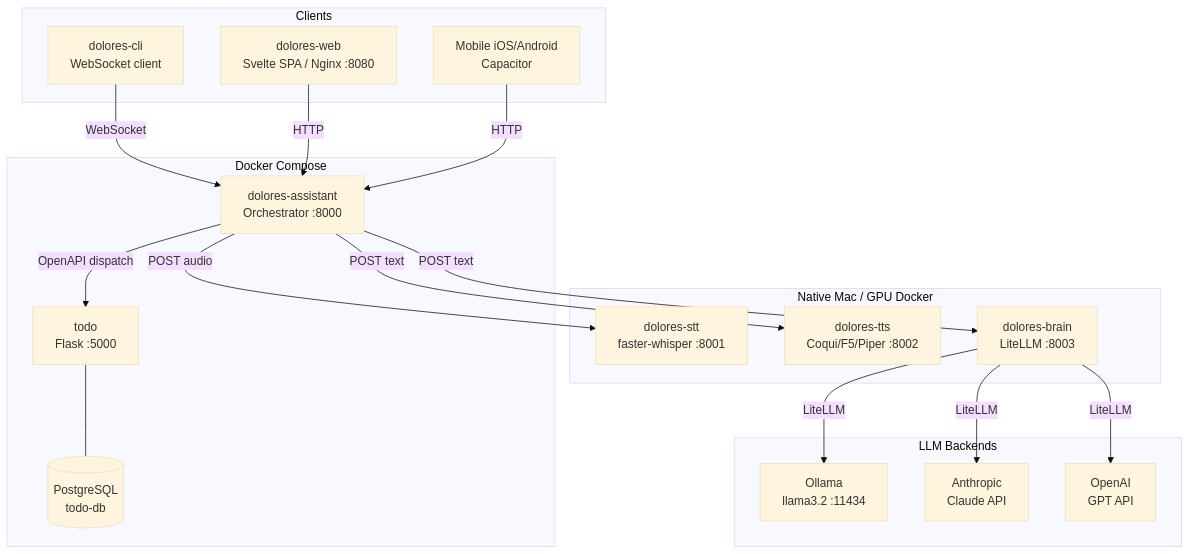
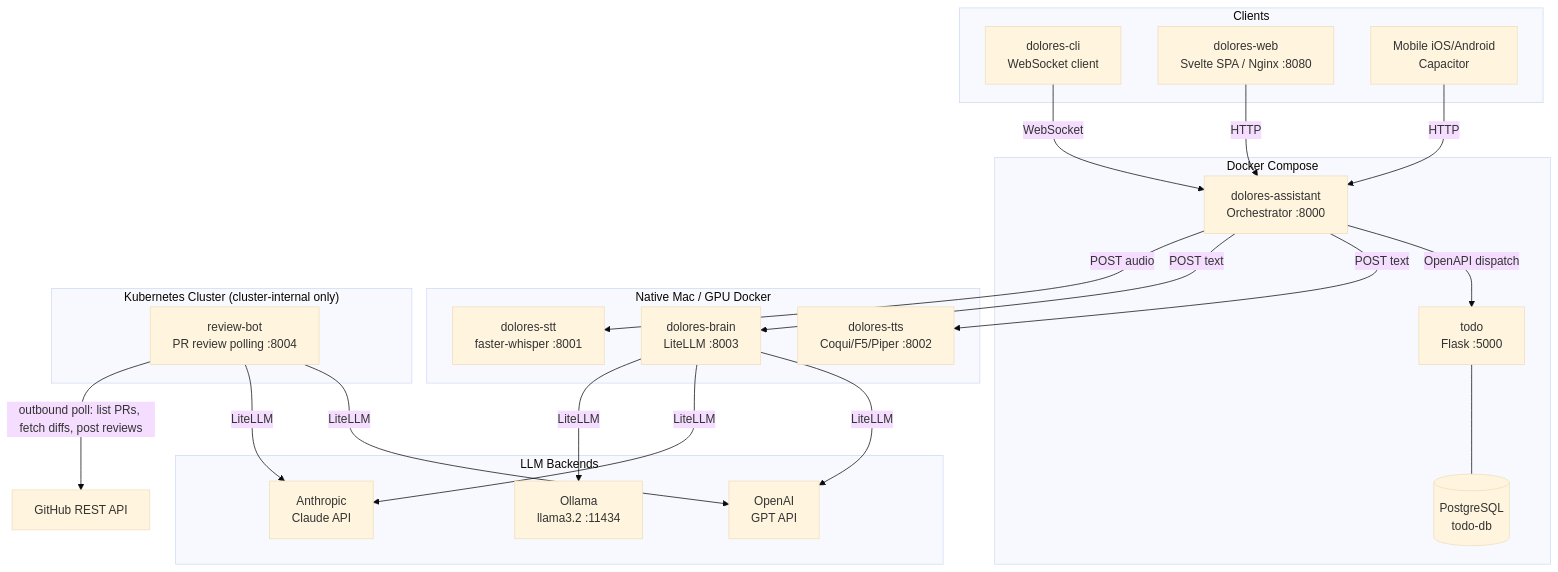
One commit to anchavesb/python-apps changed the first of 2 diagrams in .rp1/context/architecture.md. Above: the diagram before and after it, drawn with Mermaid (base theme). The commit also changed other lines of this file and 33 other files, not shown here.

First line of the commit message:
feat(review-bot): add automated GitHub PR review bot service

````diff
--- a/.rp1/context/architecture.md
+++ b/.rp1/context/architecture.md
@@ -9,40 +9,50 @@
 ```mermaid
 graph TB
     subgraph Clients
         CLI[dolores-cli\nWebSocket client]
         WEB[dolores-web\nSvelte SPA / Nginx :8080]
         MOB[Mobile iOS/Android\nCapacitor]
     end
 
     subgraph DockerCompose["Docker Compose"]
         ASST[dolores-assistant\nOrchestrator :8000]
         TODO[todo\nFlask :5000]
         TODODB[(PostgreSQL\ntodo-db)]
     end
 
     subgraph NativeOrGPU["Native Mac / GPU Docker"]
         STT[dolores-stt\nfaster-whisper :8001]
         TTS[dolores-tts\nCoqui/F5/Piper :8002]
         BRAIN[dolores-brain\nLiteLLM :8003]
     end
 
+    subgraph K8s["Kubernetes Cluster (cluster-internal only)"]
+        REVIEWBOT[review-bot\nPR review polling :8004]
+    end
+
     subgraph LLMBackends["LLM Backends"]
         OLLAMA[Ollama\nllama3.2 :11434]
         ANTHROPIC[Anthropic\nClaude API]
         OPENAI[OpenAI\nGPT API]
     end
+
+    GITHUB[GitHub REST API]
 
     CLI -->|WebSocket| ASST
     WEB -->|HTTP| ASST
     MOB -->|HTTP| ASST
 
     ASST -->|POST audio| STT
     ASST -->|POST text| BRAIN
     ASST -->|POST text| TTS
     ASST -->|OpenAPI dispatch| TODO
     TODO --- TODODB
 
     BRAIN -->|LiteLLM| OLLAMA
     BRAIN -->|LiteLLM| ANTHROPIC
     BRAIN -->|LiteLLM| OPENAI
+
+    REVIEWBOT -->|outbound poll: list PRs, fetch diffs, post reviews| GITHUB
+    REVIEWBOT -->|LiteLLM| ANTHROPIC
+    REVIEWBOT -->|LiteLLM| OPENAI
 ```
````
